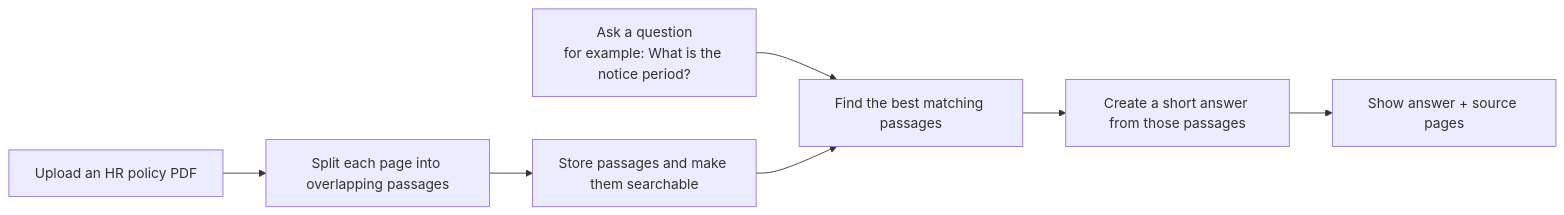
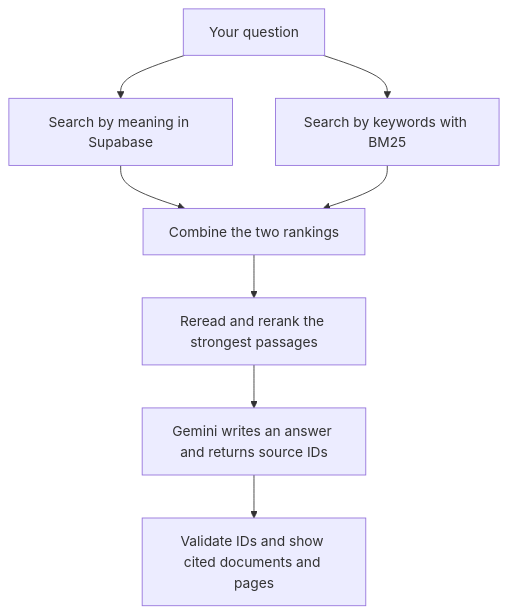
The diagram in README.md (siddhunangadi/rag-system), drawn with Mermaid before and after one commit. The commit also changed other lines of this file, not shown here.

````diff
--- a/README.md
+++ b/README.md
@@ -19,9 +66,10 @@
 ```mermaid
-flowchart LR
-    A[Upload an HR policy PDF] --> B[Split each page into overlapping passages]
-    B --> C[Store passages and make them searchable]
-    D[Ask a question<br/>for example: What is the notice period?] --> E[Find the best matching passages]
-    C --> E
-    E --> F[Create a short answer from those passages]
-    F --> G[Show answer + source pages]
+flowchart TD
+    Q[Your question] --> D[Search by meaning in Supabase]
+    Q --> K[Search by keywords with BM25]
+    D --> F[Combine the two rankings]
+    K --> F
+    F --> R[Reread and rerank the strongest passages]
+    R --> G[Gemini writes an answer and returns source IDs]
+    G --> V[Validate IDs and show cited documents and pages]
 ```
````
